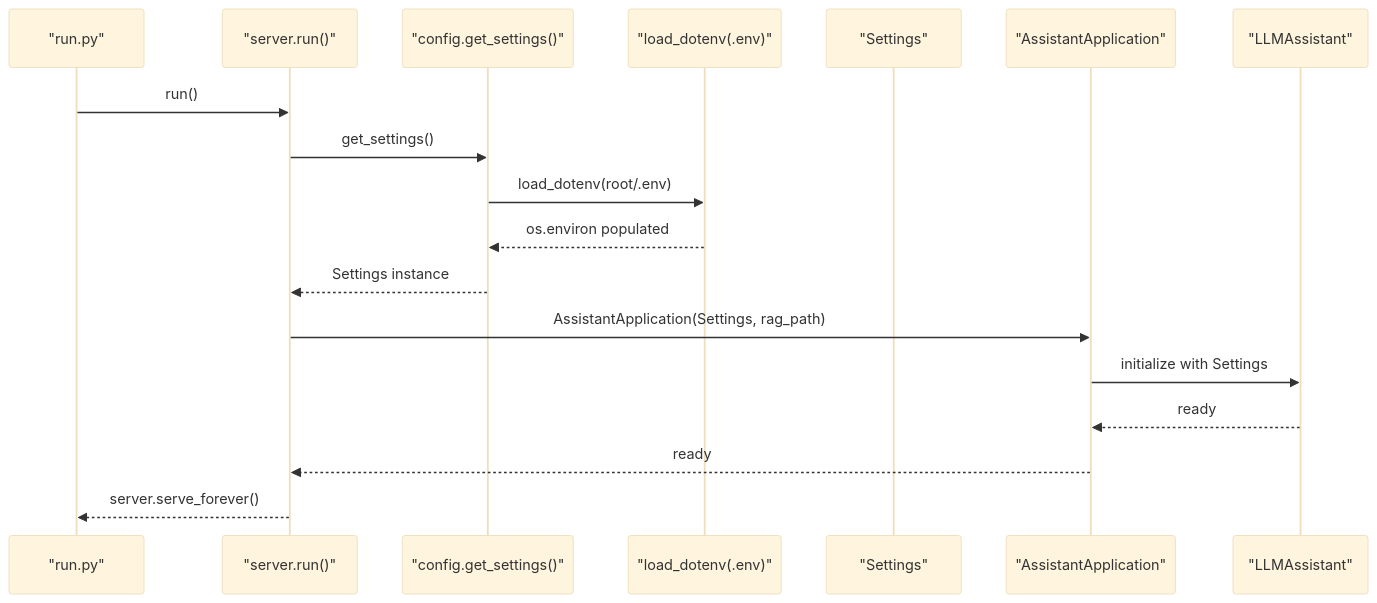
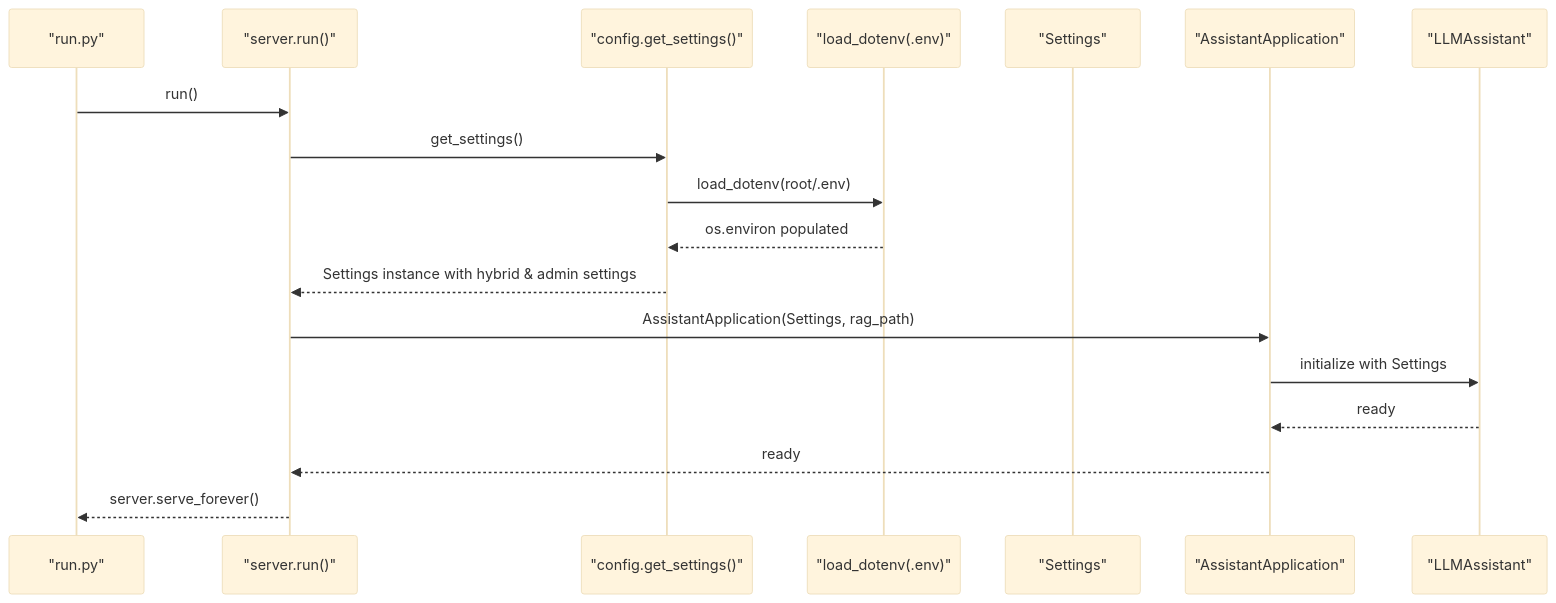
One commit to Sovetsky-Soyuz/AI-Assistant changed the second of 8 diagrams in .qoder/repowiki/en/content/Backend Components/Configuration and Settings Management.md. Above: the diagram before and after it, drawn with Mermaid (base theme). The commit also changed other lines of this file and 15 other files, not shown here.

````diff
--- a/.qoder/repowiki/en/content/Backend Components/Configuration and Settings Management.md
+++ b/.qoder/repowiki/en/content/Backend Components/Configuration and Settings Management.md
@@ -71,20 +86,20 @@
 ```mermaid
 sequenceDiagram
 participant Entrypoint as "run.py"
 participant Server as "server.run()"
 participant Config as "config.get_settings()"
 participant Env as "load_dotenv(.env)"
 participant Settings as "Settings"
 participant App as "AssistantApplication"
 participant LLM as "LLMAssistant"
 Entrypoint->>Server : run()
 Server->>Config : get_settings()
 Config->>Env : load_dotenv(root/.env)
 Env-->>Config : os.environ populated
-Config-->>Server : Settings instance
+Config-->>Server : Settings instance with hybrid & admin settings
 Server->>App : AssistantApplication(Settings, rag_path)
 App->>LLM : initialize with Settings
 LLM-->>App : ready
 App-->>Server : ready
 Server-->>Entrypoint : server.serve_forever()
 ```
````
